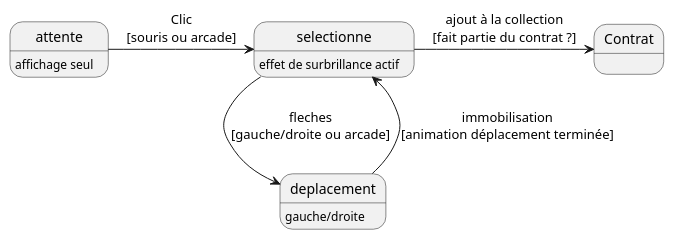
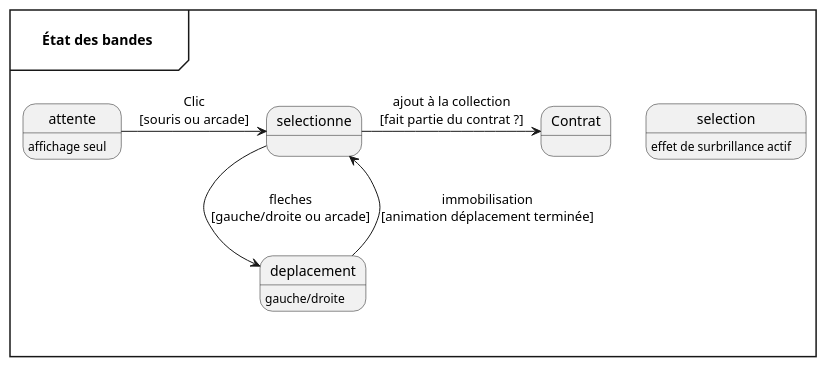
One commit to MaiveCL/Projet_session_JV changed the diagram in docs/uml/puml/BandesStateDiagram.puml. Above: the diagram before and after it, drawn with PlantUML.

Commit message:
test d'affichage plant uml v4, essaie 5b

```diff
--- a/docs/uml/puml/BandesStateDiagram.puml
+++ b/docs/uml/puml/BandesStateDiagram.puml
@@ -1,11 +1,14 @@
 @startuml "État des bandes"
-state attente : affichage seul
-state selectionne : effet de surbrillance actif
-state deplacement : gauche/droite
-state Contrat
 
-attente -> selectionne : Clic\n[souris ou arcade]
-selectionne -> deplacement : fleches\n[gauche/droite ou arcade]
-deplacement --> selectionne :immobilisation\n[animation déplacement terminée]
-selectionne -> Contrat :ajout à la collection\n[fait partie du contrat ?]
+mainframe  \n\t**État des bandes**\t\n
+    state attente : affichage seul
+    state selection : effet de surbrillance actif
+    state deplacement : gauche/droite
+    state Contrat
+
+    attente -> selectionne : Clic\n[souris ou arcade]
+    selectionne -> deplacement : fleches\n[gauche/droite ou arcade]
+    deplacement --> selectionne :immobilisation\n[animation déplacement terminée]
+    selectionne -> Contrat :ajout à la collection\n[fait partie du contrat ?]
+
 @enduml
```
